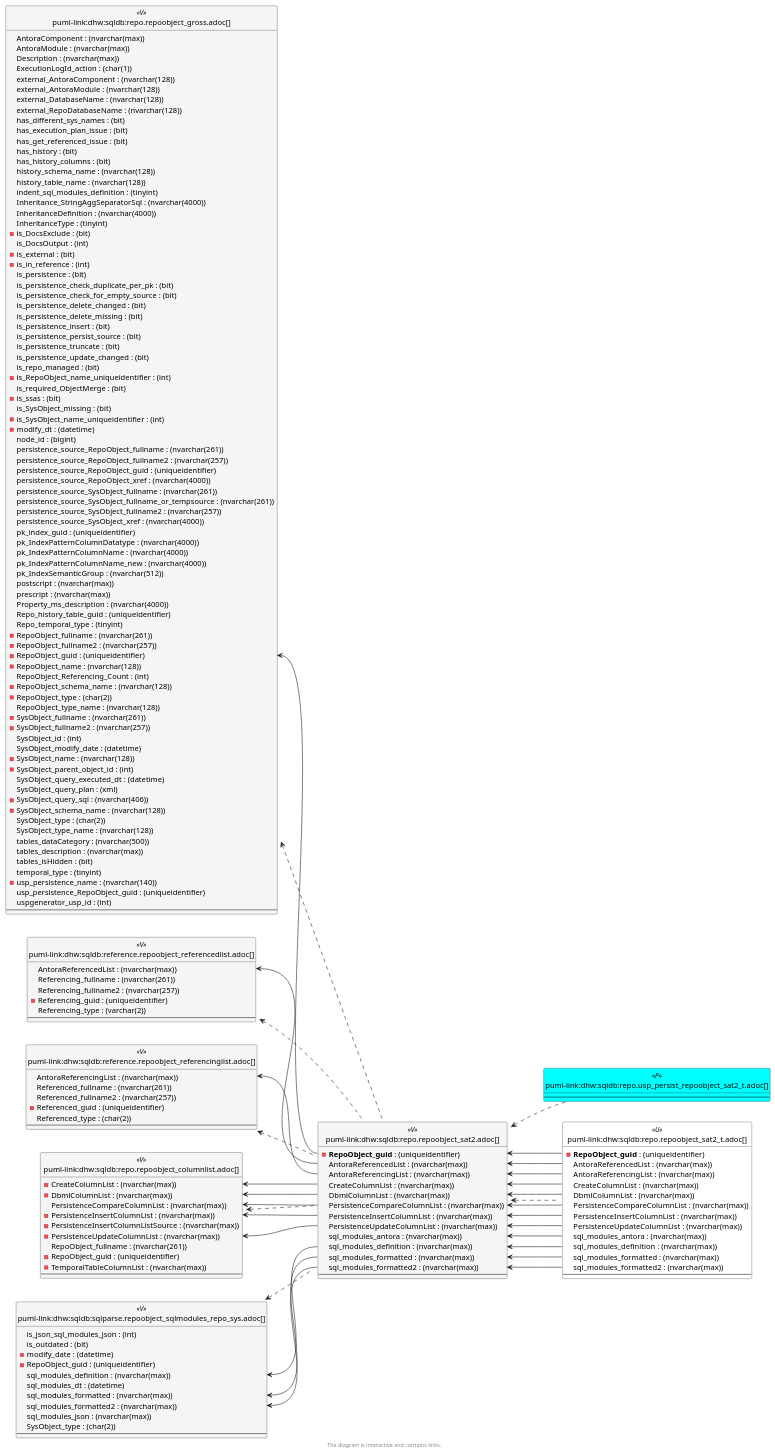
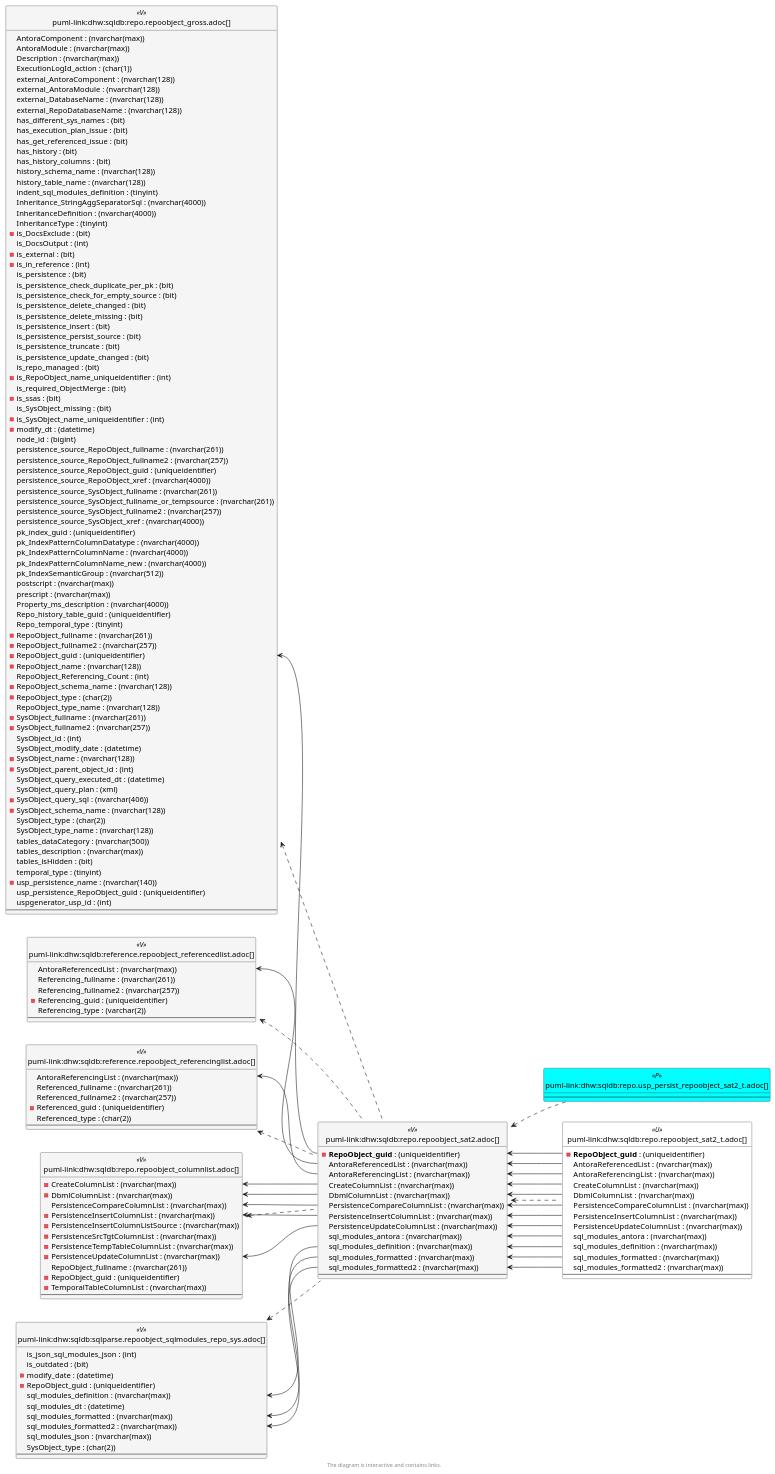
Before and after one commit to DataHandwerk/dhw-antora-sqldb: the sixth of 6 diagrams in docs/modules/sqldb/partials/content/repo.repoobject_sat2.adoc, drawn with PlantUML. The commit also changed 701 other files, not shown here.

```diff
--- a/docs/modules/sqldb/partials/content/repo.repoobject_sat2.adoc
+++ b/docs/modules/sqldb/partials/content/repo.repoobject_sat2.adoc
@@ -2365,6 +2365,8 @@
   PersistenceCompareColumnList : (nvarchar(max))
   - PersistenceInsertColumnList : (nvarchar(max))
   - PersistenceInsertColumnListSource : (nvarchar(max))
+  - PersistenceSrcTgtColumnList : (nvarchar(max))
+  - PersistenceTempTableColumnList : (nvarchar(max))
   - PersistenceUpdateColumnList : (nvarchar(max))
   RepoObject_fullname : (nvarchar(261))
   - RepoObject_guid : (uniqueidentifier)
```
